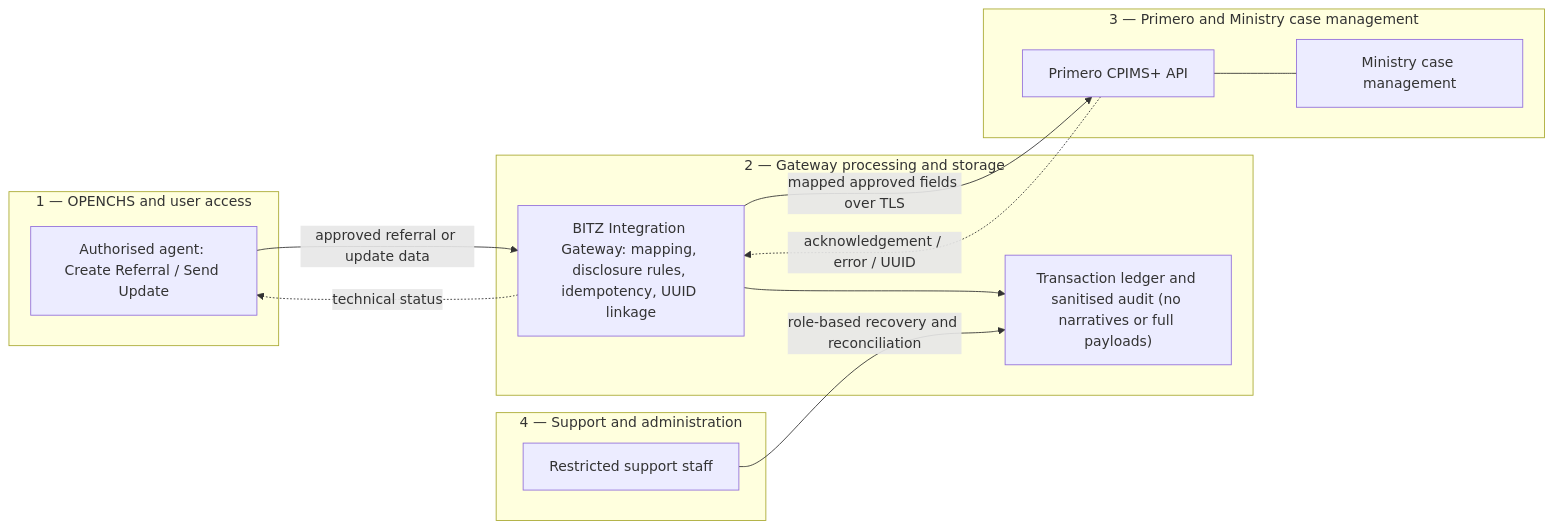
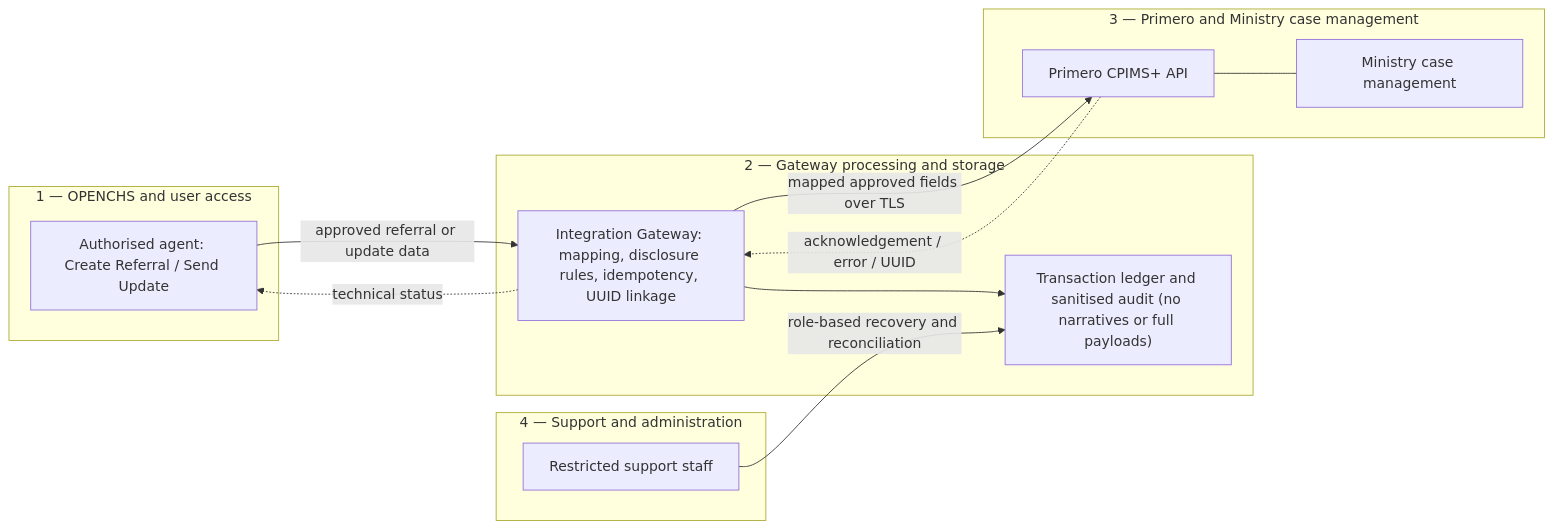
One commit to BITZ-IT-Consulting-LTD/OPENCHS_PRIMERO_PROJECT changed the fifth of 12 diagrams in 01_inception/D1_INCEPTION_REPORT_OPENCHS_PRIMERO_V2.9_FINAL_DRAFT.md. Above: the diagram before and after it, drawn with Mermaid. The commit also changed other lines of this file and 4 other files, not shown here.

````diff
--- a/01_inception/D1_INCEPTION_REPORT_OPENCHS_PRIMERO_V2.9_FINAL_DRAFT.md
+++ b/01_inception/D1_INCEPTION_REPORT_OPENCHS_PRIMERO_V2.9_FINAL_DRAFT.md
@@ -519,24 +519,24 @@
 ```mermaid
 flowchart LR
     subgraph TB1["1 — OPENCHS and user access"]
         A["Authorised agent: Create Referral / Send Update"]
     end
     subgraph TB2["2 — Gateway processing and storage"]
-        B["BITZ Integration Gateway: mapping, disclosure rules, idempotency, UUID linkage"]
+        B["Integration Gateway: mapping, disclosure rules, idempotency, UUID linkage"]
         L["Transaction ledger and sanitised audit (no narratives or full payloads)"]
     end
     subgraph TB3["3 — Primero and Ministry case management"]
         C["Primero CPIMS+ API"]
         M["Ministry case management"]
     end
     subgraph TB4["4 — Support and administration"]
         S["Restricted support staff"]
     end
     A -- "approved referral or update data" --> B
     B -- "mapped approved fields over TLS" --> C
     C -. "acknowledgement / error / UUID" .-> B
     B -. "technical status" .-> A
     B --> L
     S -- "role-based recovery and reconciliation" --> L
     C --- M
 ```
````
